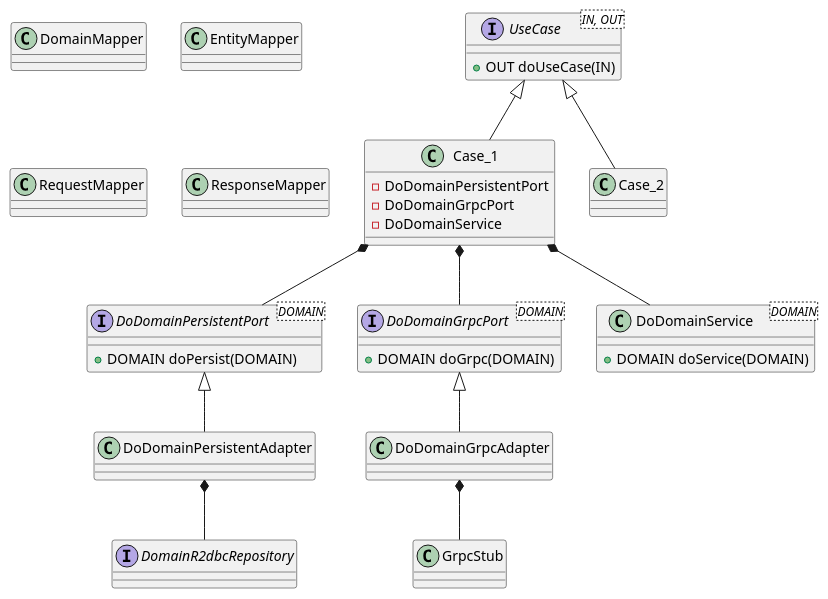
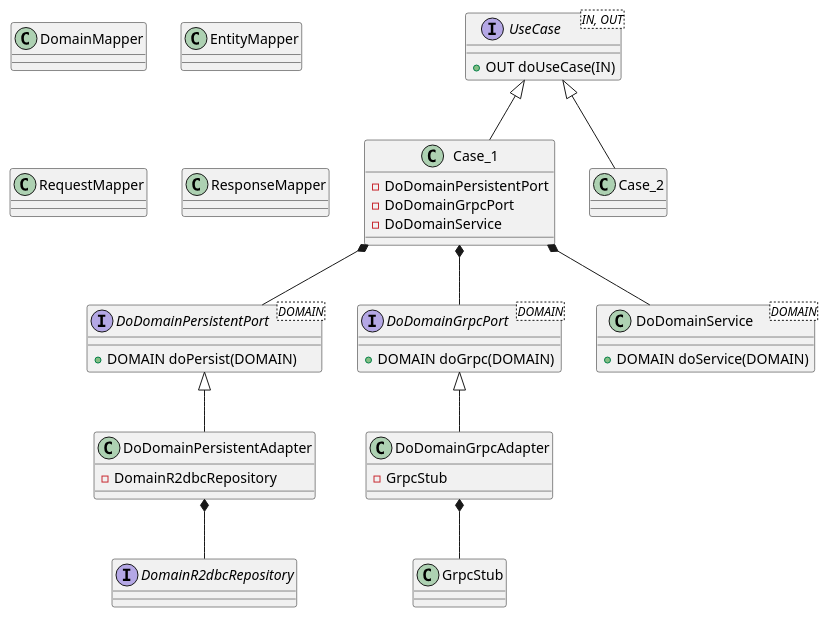
One commit to sokimaaa/6CORE changed the diagram in 1-documentation/class-diagram/general-usecase.puml. Above: the diagram before and after it, drawn with PlantUML.

Commit message:
[6CORE-000] add general usecase diagram

```diff
--- a/1-documentation/class-diagram/general-usecase.puml
+++ b/1-documentation/class-diagram/general-usecase.puml
@@ -1,54 +1,58 @@
 @startuml
 'https://plantuml.com/class-diagram
 
 interface UseCase
 class Case_1
 class Case_2
 
 UseCase <|-- Case_1
 UseCase <|-- Case_2
 
 interface UseCase<IN, OUT> {
     + OUT doUseCase(IN)
 }
 
 class Case_1 {
     - DoDomainPersistentPort
     - DoDomainGrpcPort
     - DoDomainService
 }
 
 interface DoDomainPersistentPort<DOMAIN> {
     + DOMAIN doPersist(DOMAIN)
 }
 
 interface DoDomainGrpcPort<DOMAIN> {
     + DOMAIN doGrpc(DOMAIN)
 }
 
 class DoDomainService<DOMAIN> {
     + DOMAIN doService(DOMAIN)
 }
 
 Case_1 *-- DoDomainPersistentPort
 Case_1 *-- DoDomainGrpcPort
 Case_1 *-- DoDomainService
 
-class DoDomainPersistentAdapter
-class DoDomainGrpcAdapter
+class DoDomainPersistentAdapter {
+    - DomainR2dbcRepository
+}
+class DoDomainGrpcAdapter {
+    - GrpcStub
+}
 
 DoDomainPersistentPort <|-- DoDomainPersistentAdapter
 DoDomainGrpcPort <|-- DoDomainGrpcAdapter
 
 interface DomainR2dbcRepository
 DoDomainPersistentAdapter *-- DomainR2dbcRepository
 
 class GrpcStub
 DoDomainGrpcAdapter *-- GrpcStub
 
 class DomainMapper
 class EntityMapper
 class RequestMapper
 class ResponseMapper
 
 @enduml
```
